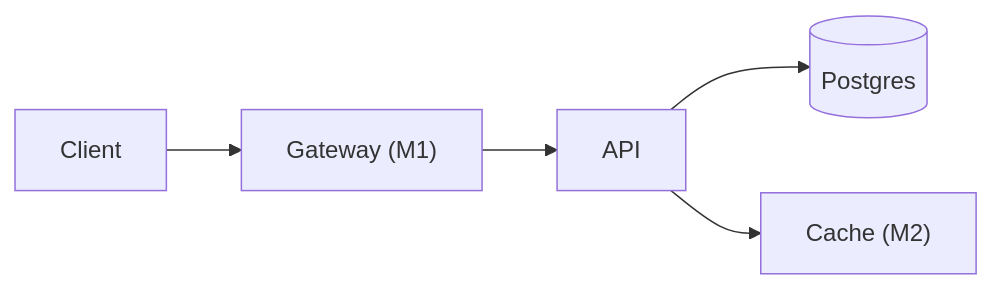
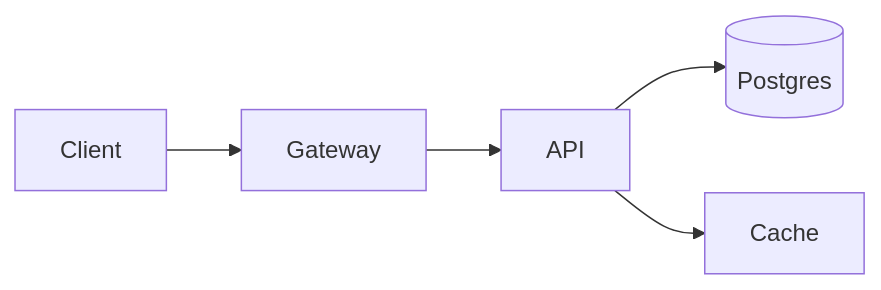
Before and after one commit to ethompsy/lumenai: the diagram in plugins/synthex/agents/product-manager.md, drawn with Mermaid. The commit also changed other lines of this file and 12 other files, not shown here.

First line of the commit message:
feat(synthex): diagram system change in the PRD and plan

````diff
--- a/plugins/synthex/agents/product-manager.md
+++ b/plugins/synthex/agents/product-manager.md
@@ -111,7 +177,7 @@
 ```mermaid
 graph LR
-  A[Client] --> G["Gateway (M1)"]
+  A[Client] --> G[Gateway]
   G --> B[API]
   B --> C[(Postgres)]
-  B --> D["Cache (M2)"]
+  B --> D[Cache]
 ```
````
